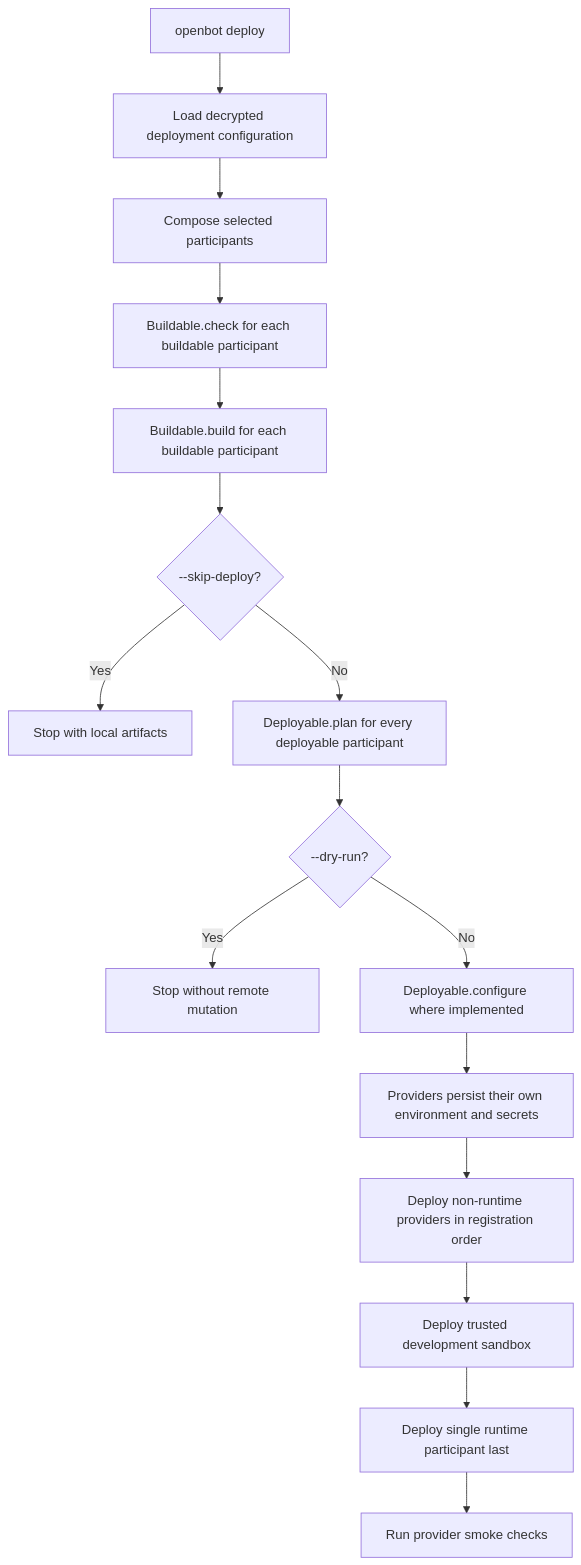
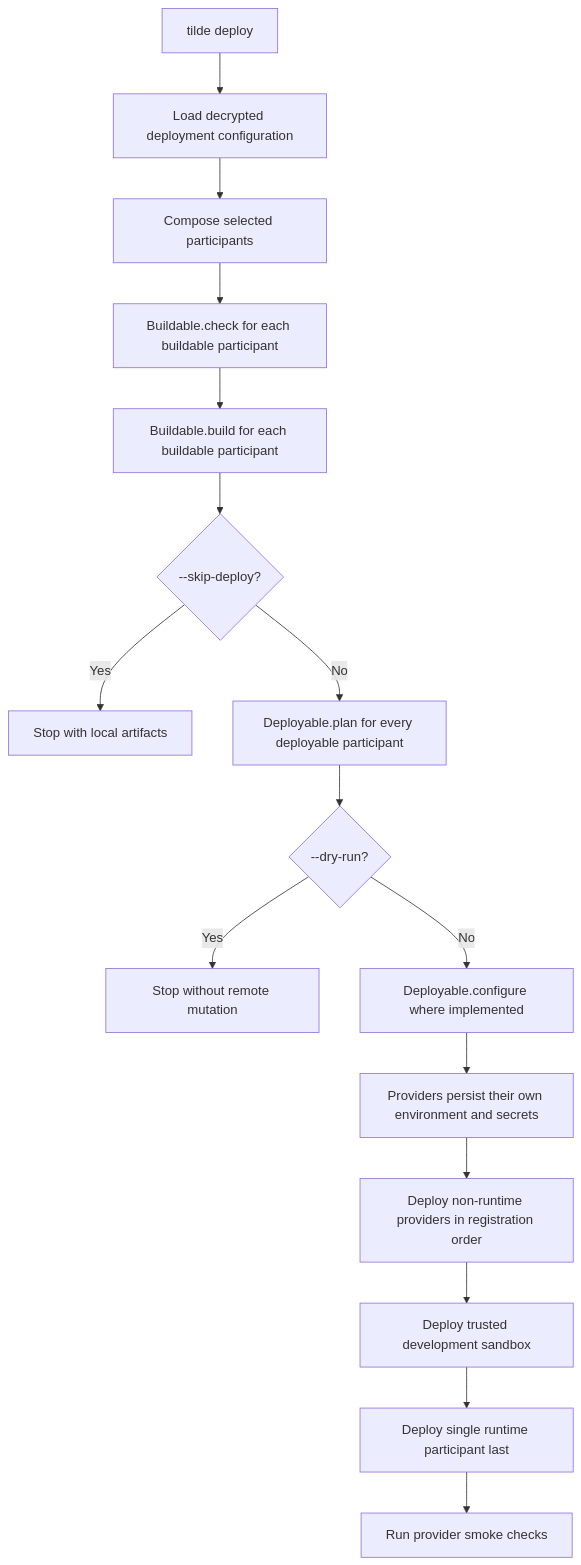
The fourth of 4 diagrams in docs/lifecycle.md (trytilde/dispatch), drawn with Mermaid before and after one commit. The commit also changed other lines of this file and 668 other files, not shown here.

````diff
--- a/docs/lifecycle.md
+++ b/docs/lifecycle.md
@@ -132,18 +132,18 @@
 ```mermaid
 flowchart TD
-  A["openbot deploy"] --> B["Load decrypted deployment configuration"]
+  A["tilde deploy"] --> B["Load decrypted deployment configuration"]
   B --> C["Compose selected participants"]
   C --> D["Buildable.check for each buildable participant"]
   D --> E["Buildable.build for each buildable participant"]
   E --> F{"--skip-deploy?"}
   F -- "Yes" --> G["Stop with local artifacts"]
   F -- "No" --> H["Deployable.plan for every deployable participant"]
   H --> I{"--dry-run?"}
   I -- "Yes" --> J["Stop without remote mutation"]
   I -- "No" --> K["Deployable.configure where implemented"]
   K --> L["Providers persist their own environment and secrets"]
   L --> M["Deploy non-runtime providers in registration order"]
   M --> N["Deploy trusted development sandbox"]
   N --> O["Deploy single runtime participant last"]
   O --> P["Run provider smoke checks"]
 ```
````
